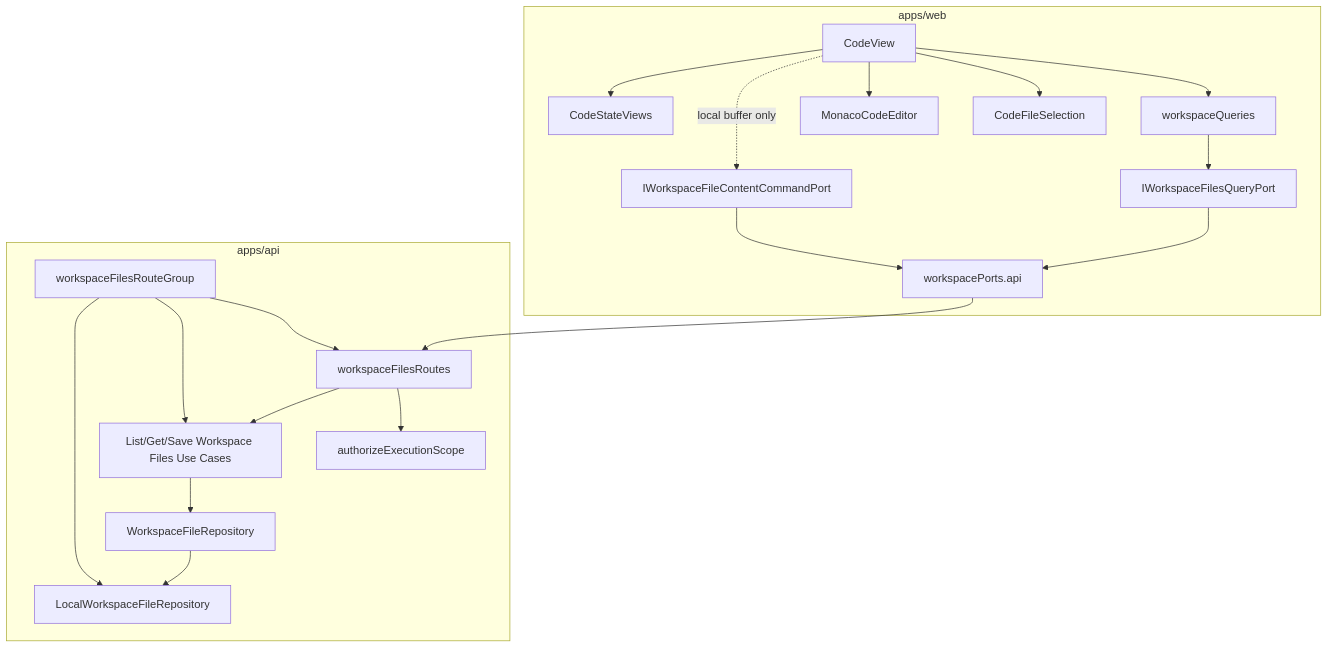
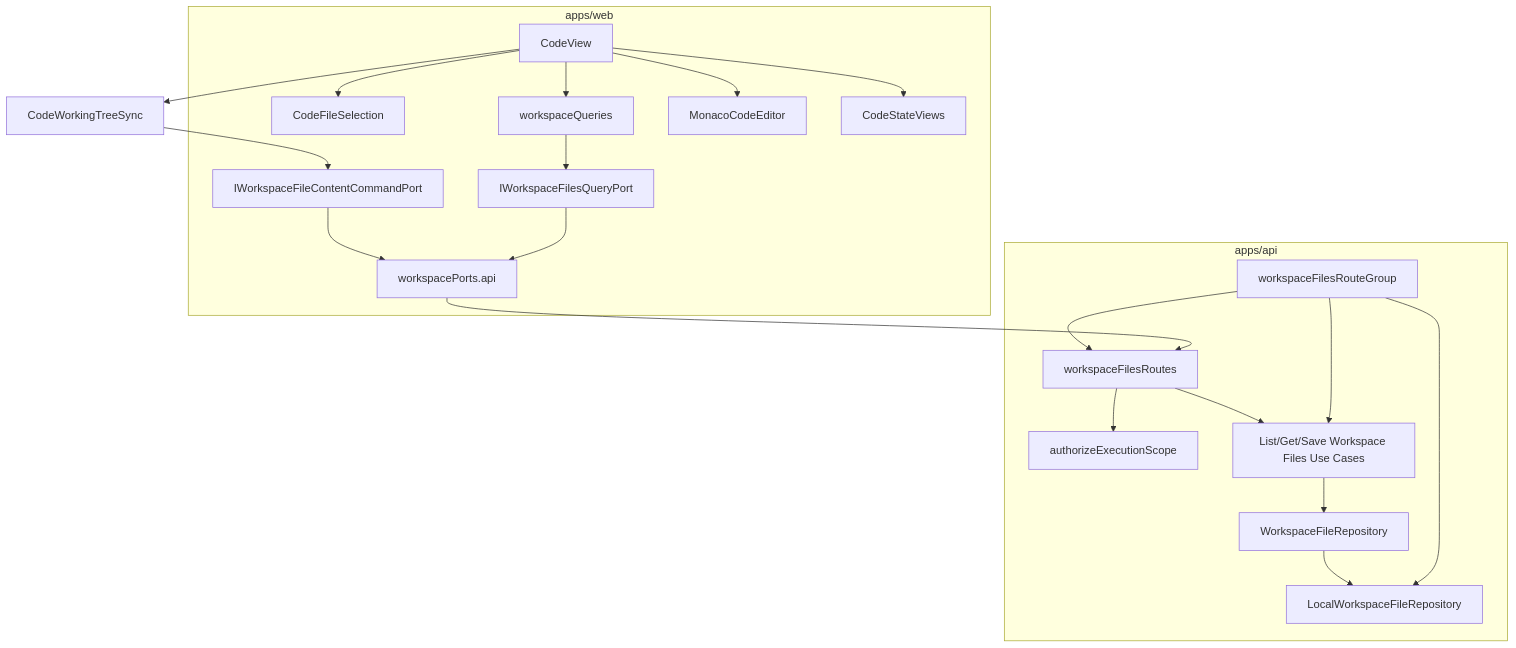
The third of 3 diagrams in docs/architecture/components/web/code-workbench-workspace-files-component.md (dunay2/dvt), drawn with Mermaid before and after one commit. The commit also changed other lines of this file and 4 other files, not shown here.

Commit message:
chore(web): Govern Code working-tree synchronization

````diff
--- a/docs/architecture/components/web/code-workbench-workspace-files-component.md
+++ b/docs/architecture/components/web/code-workbench-workspace-files-component.md
@@ -169,39 +191,40 @@
 ```mermaid
 flowchart TB
   subgraph Web["apps/web"]
     CodeView["CodeView"]
     Selection["CodeFileSelection"]
     Queries["workspaceQueries"]
     Editor["MonacoCodeEditor"]
     FileQueryPort["IWorkspaceFilesQueryPort"]
     FileCommandPort["IWorkspaceFileContentCommandPort"]
     ApiWorkspacePorts["workspacePorts.api"]
     CodeStates["CodeStateViews"]
   end
 
   subgraph Api["apps/api"]
     Composer["workspaceFilesRouteGroup"]
     Routes["workspaceFilesRoutes"]
     Auth["authorizeExecutionScope"]
     UseCases["List/Get/Save Workspace Files Use Cases"]
     Port["WorkspaceFileRepository"]
     Adapter["LocalWorkspaceFileRepository"]
   end
 
   CodeView --> Queries
   CodeView --> Selection
   CodeView --> Editor
   Queries --> FileQueryPort
-  CodeView -. local buffer only .-> FileCommandPort
+  CodeView --> Sync["CodeWorkingTreeSync"]
+  Sync --> FileCommandPort
   FileQueryPort --> ApiWorkspacePorts
   FileCommandPort --> ApiWorkspacePorts
   ApiWorkspacePorts --> Routes
   Composer --> Routes
   Composer --> UseCases
   Composer --> Adapter
   Routes --> Auth
   Routes --> UseCases
   UseCases --> Port
   Port --> Adapter
   CodeView --> CodeStates
 ```
````
